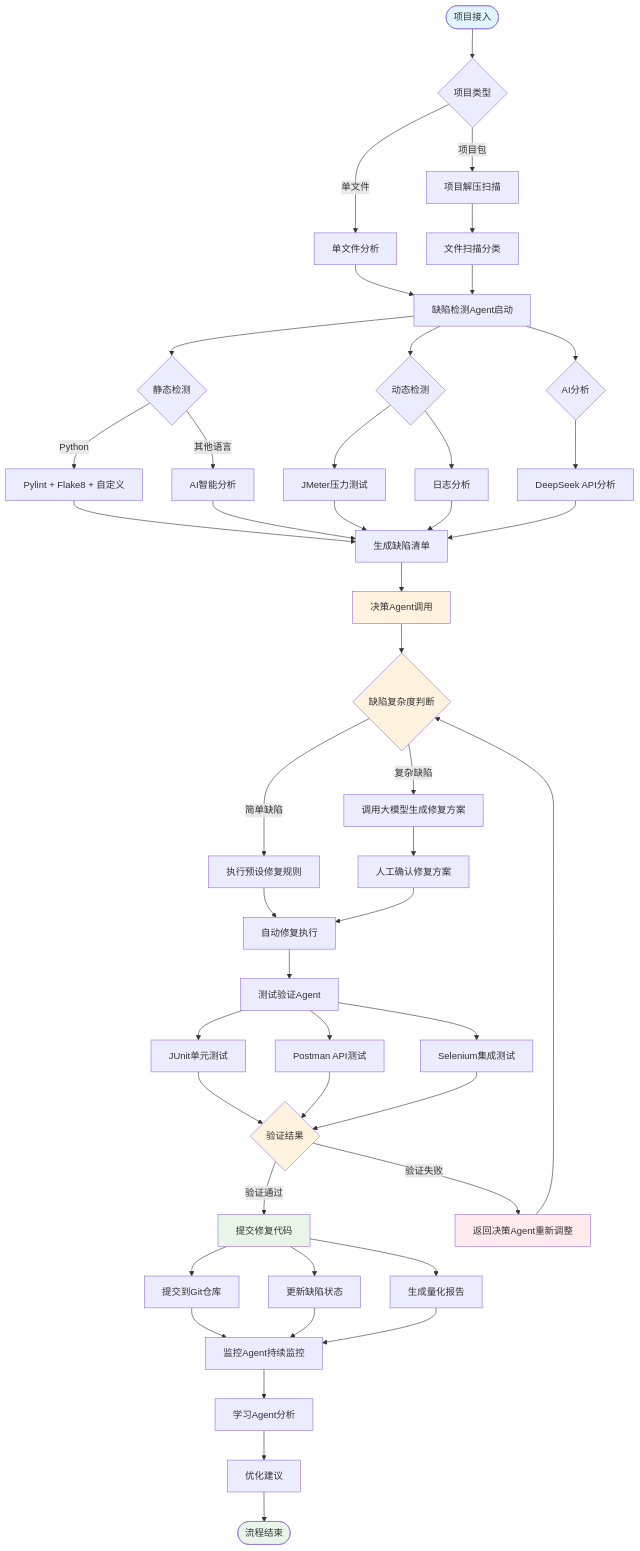
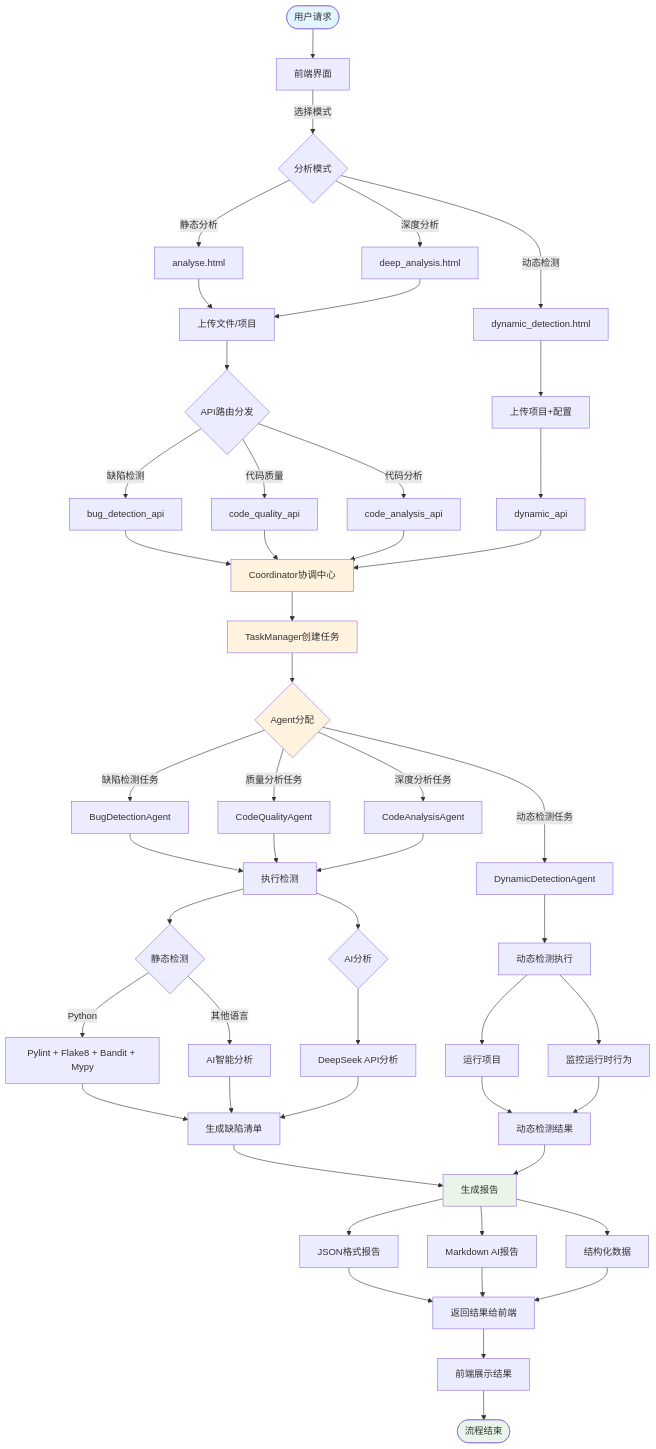
One commit to zhuxie0719/CodeAgent changed the second of 5 diagrams in docs/workflow_diagram.md. Above: the diagram before and after it, drawn with Mermaid. The commit also changed other lines of this file and 3 other files, not shown here.

````diff
--- a/docs/workflow_diagram.md
+++ b/docs/workflow_diagram.md
@@ -5,75 +56,77 @@
 ```mermaid
 flowchart TD
-    START([项目接入]) --> UPLOAD{项目类型}
+    START([用户请求]) --> FRONTEND[前端界面]
     
-    UPLOAD -->|单文件| SINGLE[单文件分析]
-    UPLOAD -->|项目包| PROJECT[项目解压扫描]
+    FRONTEND -->|选择模式| MODE{分析模式}
     
-    SINGLE --> DETECT[缺陷检测Agent启动]
-    PROJECT --> SCAN[文件扫描分类]
-    SCAN --> DETECT
+    MODE -->|静态分析| STATIC_PAGE[analyse.html]
+    MODE -->|深度分析| DEEP_PAGE[deep_analysis.html]
+    MODE -->|动态检测| DYNAMIC_PAGE[dynamic_detection.html]
+    
+    STATIC_PAGE --> UPLOAD[上传文件/项目]
+    DEEP_PAGE --> UPLOAD
+    DYNAMIC_PAGE --> UPLOAD_DYN[上传项目+配置]
+    
+    UPLOAD --> API_ROUTE{API路由分发}
+    UPLOAD_DYN --> API_DYN[dynamic_api]
+    
+    API_ROUTE -->|缺陷检测| BUG_API[bug_detection_api]
+    API_ROUTE -->|代码质量| QUALITY_API[code_quality_api]
+    API_ROUTE -->|代码分析| ANALYSIS_API[code_analysis_api]
+    
+    BUG_API --> COORD[Coordinator协调中心]
+    QUALITY_API --> COORD
+    ANALYSIS_API --> COORD
+    API_DYN --> COORD
+    
+    COORD --> TASK_MGR[TaskManager创建任务]
+    TASK_MGR --> AGENT_ASSIGN{Agent分配}
+    
+    AGENT_ASSIGN -->|缺陷检测任务| BDA[BugDetectionAgent]
+    AGENT_ASSIGN -->|质量分析任务| CQA[CodeQualityAgent]
+    AGENT_ASSIGN -->|深度分析任务| CAA[CodeAnalysisAgent]
+    AGENT_ASSIGN -->|动态检测任务| DDA[DynamicDetectionAgent]
+    
+    BDA --> DETECT[执行检测]
+    CQA --> DETECT
+    CAA --> DETECT
+    DDA --> DYN_DETECT[动态检测执行]
     
     DETECT --> STATIC{静态检测}
-    DETECT --> DYNAMIC{动态检测}
     DETECT --> AI{AI分析}
     
-    STATIC -->|Python| PYTHON_TOOLS[Pylint + Flake8 + 自定义]
+    STATIC -->|Python| PYTHON_TOOLS[Pylint + Flake8 + Bandit + Mypy]
     STATIC -->|其他语言| AI_ANALYSIS[AI智能分析]
     
-    DYNAMIC --> JMETER[JMeter压力测试]
-    DYNAMIC --> LOG_ANALYSIS[日志分析]
+    DYN_DETECT --> RUN_PROJECT[运行项目]
+    DYN_DETECT --> MONITOR[监控运行时行为]
     
     AI --> DEEPSEEK[DeepSeek API分析]
     
     PYTHON_TOOLS --> ISSUES[生成缺陷清单]
     AI_ANALYSIS --> ISSUES
-    JMETER --> ISSUES
-    LOG_ANALYSIS --> ISSUES
     DEEPSEEK --> ISSUES
+    RUN_PROJECT --> DYN_ISSUES[动态检测结果]
+    MONITOR --> DYN_ISSUES
     
-    ISSUES --> DECISION[决策Agent调用]
+    ISSUES --> REPORT[生成报告]
+    DYN_ISSUES --> REPORT
     
-    DECISION --> COMPLEXITY{缺陷复杂度判断}
+    REPORT --> JSON[JSON格式报告]
+    REPORT --> MD[Markdown AI报告]
+    REPORT --> STRUCT[结构化数据]
     
-    COMPLEXITY -->|简单缺陷| SIMPLE[执行预设修复规则]
-    COMPLEXITY -->|复杂缺陷| COMPLEX[调用大模型生成修复方案]
+    JSON --> RETURN[返回结果给前端]
+    MD --> RETURN
+    STRUCT --> RETURN
     
-    SIMPLE --> AUTO_FIX[自动修复执行]
-    COMPLEX --> HUMAN_CONFIRM[人工确认修复方案]
-    HUMAN_CONFIRM --> AUTO_FIX
-    
-    AUTO_FIX --> VALIDATE[测试验证Agent]
-    
-    VALIDATE --> JUNIT_TEST[JUnit单元测试]
-    VALIDATE --> POSTMAN_TEST[Postman API测试]
-    VALIDATE --> SELENIUM_TEST[Selenium集成测试]
-    
-    JUNIT_TEST --> VERIFY{验证结果}
-    POSTMAN_TEST --> VERIFY
-    SELENIUM_TEST --> VERIFY
-    
-    VERIFY -->|验证通过| SUCCESS[提交修复代码]
-    VERIFY -->|验证失败| RETRY[返回决策Agent重新调整]
-    
-    SUCCESS --> GIT[提交到Git仓库]
-    SUCCESS --> UPDATE[更新缺陷状态]
-    SUCCESS --> REPORT[生成量化报告]
-    
-    RETRY --> COMPLEXITY
-    
-    GIT --> MONITOR[监控Agent持续监控]
-    UPDATE --> MONITOR
-    REPORT --> MONITOR
-    
-    MONITOR --> LEARN[学习Agent分析]
-    LEARN --> OPTIMIZE[优化建议]
-    OPTIMIZE --> END([流程结束])
+    RETURN --> DISPLAY[前端展示结果]
+    DISPLAY --> END([流程结束])
     
     style START fill:#e1f5fe
     style END fill:#e8f5e8
-    style DECISION fill:#fff3e0
-    style COMPLEXITY fill:#fff3e0
-    style VERIFY fill:#fff3e0
-    style SUCCESS fill:#e8f5e8
-    style RETRY fill:#ffebee
+    style COORD fill:#fff3e0
+    style TASK_MGR fill:#fff3e0
+    style AGENT_ASSIGN fill:#fff3e0
+    style REPORT fill:#e8f5e8
 ```
````
